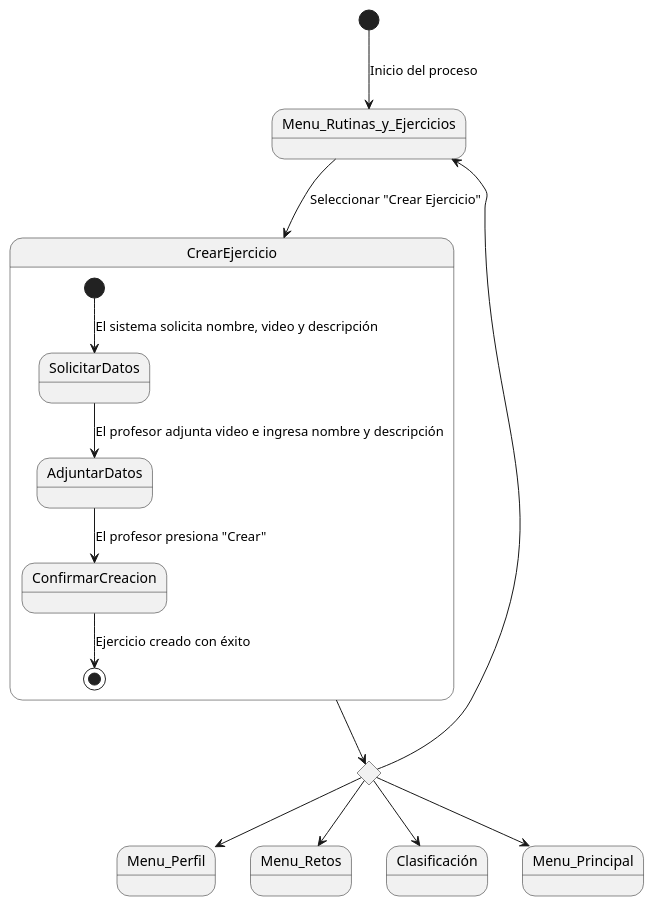
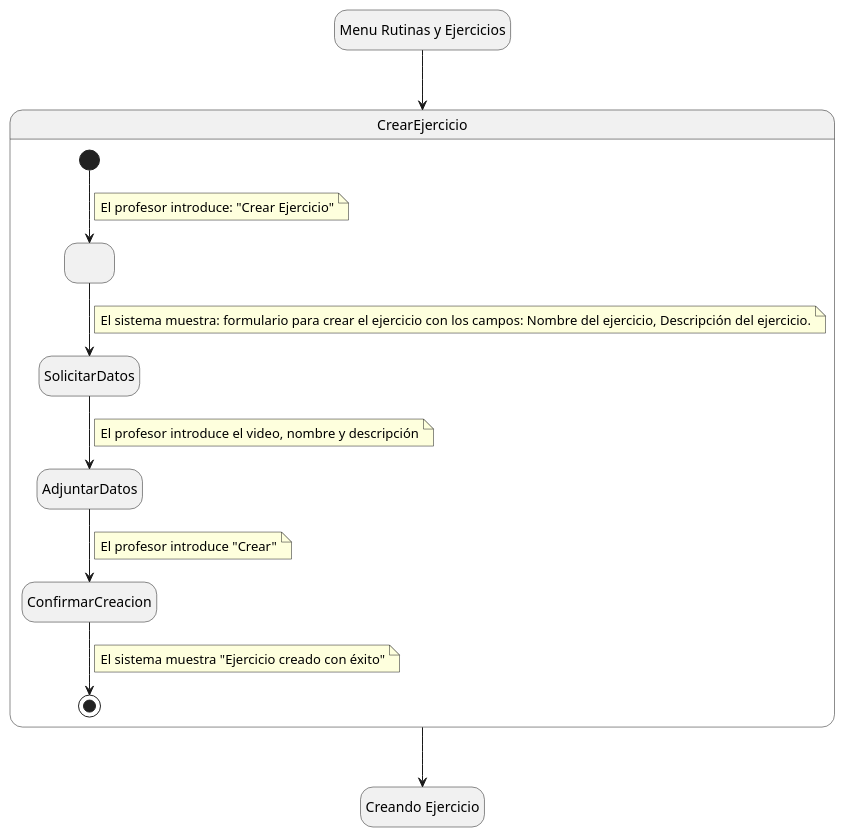
One commit to mmasias/24-25-IdSw1-SDR changed the diagram in Documentos/DetallarCasosDeUso/Profesor/CrearEjercicio.puml. Above: the diagram before and after it, drawn with PlantUML. The commit also changed 1 other file, not shown here.

Commit message:
Crear Ejercicio

```diff
--- a/Documentos/DetallarCasosDeUso/Profesor/CrearEjercicio.puml
+++ b/Documentos/DetallarCasosDeUso/Profesor/CrearEjercicio.puml
@@ -1,20 +1,36 @@
-@startuml
-[*] --> Menu_Rutinas_y_Ejercicios : Inicio del proceso
-state rombo <<choice>>
- rombo --> Menu_Perfil
- rombo --> Menu_Retos
-  rombo --> Clasificación 
- rombo --> Menu_Rutinas_y_Ejercicios 
-rombo --> Menu_Principal
+@startuml CrearEjercicio
 
-Menu_Rutinas_y_Ejercicios --> CrearEjercicio : Seleccionar "Crear Ejercicio"
-CrearEjercicio --> rombo
+hide empty description
+
+state Menu_Rutinas_y_Ejercicios as "Menu Rutinas y Ejercicios"
+state Creando_Ejercicio as "Creando Ejercicio"
 state CrearEjercicio {
-  [*] --> SolicitarDatos : El sistema solicita nombre, video y descripción
-  SolicitarDatos --> AdjuntarDatos : El profesor adjunta video e ingresa nombre y descripción
-  AdjuntarDatos --> ConfirmarCreacion : El profesor presiona "Crear"
-  ConfirmarCreacion --> [*] : Ejercicio creado con éxito
+  state RegistrarEjercicio as " "
+  [*] --> RegistrarEjercicio
+  note on link 
+    El profesor introduce: "Crear Ejercicio"
+  end note
+  RegistrarEjercicio --> SolicitarDatos
+  note on link
+    El sistema muestra: formulario para crear el ejercicio con los campos: Nombre del ejercicio, Descripción del ejercicio.
+  end note
+  SolicitarDatos --> AdjuntarDatos 
+  note on link
+   El profesor introduce el video, nombre y descripción
+  end note
+  AdjuntarDatos --> ConfirmarCreacion
+  note on link
+  El profesor introduce "Crear"
+  end note
+  ConfirmarCreacion --> [*] 
+  note on link
+   El sistema muestra "Ejercicio creado con éxito"
+  end note
 }
 
 
+Menu_Rutinas_y_Ejercicios --> CrearEjercicio
+CrearEjercicio --> Creando_Ejercicio
+
+
 @enduml
```
